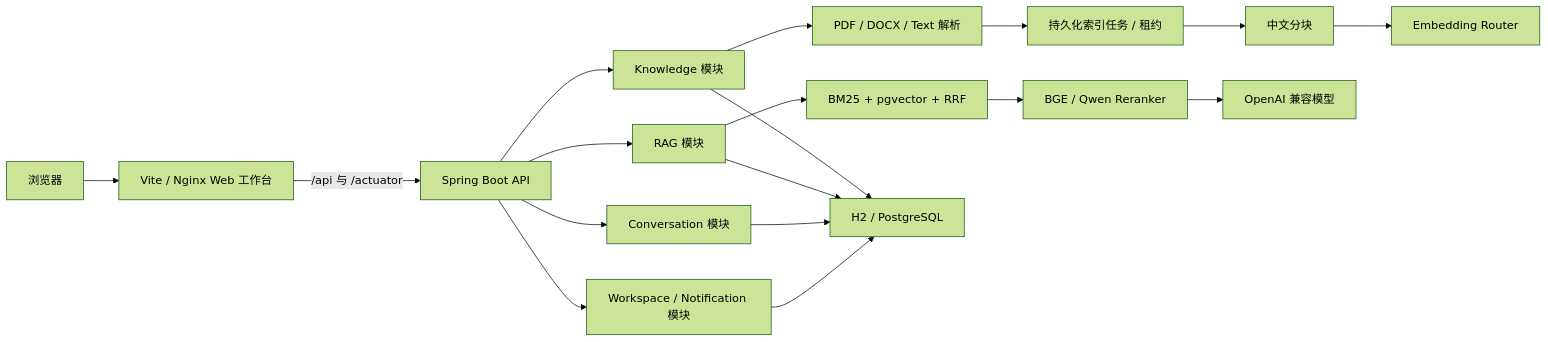
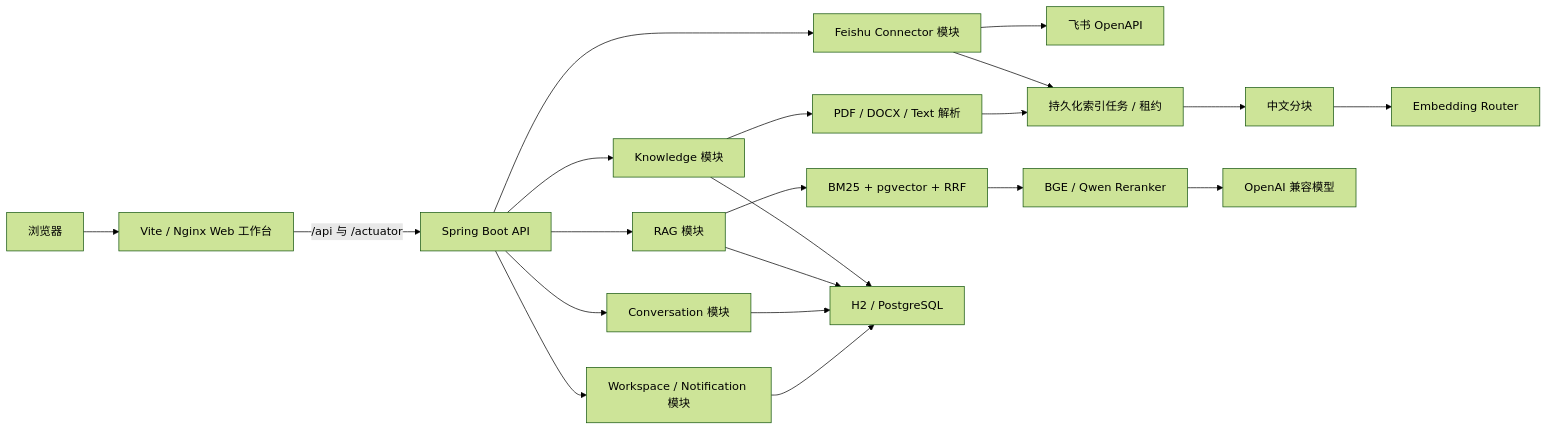
Before and after one commit to wang-zhengxin/JadeBase: the diagram in docs/architecture.md, drawn with Mermaid (forest theme). The commit also changed other lines of this file and 35 other files, not shown here.

Commit message:
Add Feishu cloud document connector

````diff
--- a/docs/architecture.md
+++ b/docs/architecture.md
@@ -5,20 +5,23 @@
 ```mermaid
 flowchart LR
     Browser["浏览器"] --> UI["Vite / Nginx Web 工作台"]
     UI -->|"/api 与 /actuator"| API["Spring Boot API"]
     API --> KB["Knowledge 模块"]
     API --> RAG["RAG 模块"]
     API --> Conversation["Conversation 模块"]
     API --> Workspace["Workspace / Notification 模块"]
+    API --> Feishu["Feishu Connector 模块"]
+    Feishu --> OpenAPI["飞书 OpenAPI"]
+    Feishu --> Queue
     KB --> Parser["PDF / DOCX / Text 解析"]
     Parser --> Queue["持久化索引任务 / 租约"]
     Queue --> Chunker["中文分块"]
     Chunker --> Embed["Embedding Router"]
     RAG --> Retrieve["BM25 + pgvector + RRF"]
     Retrieve --> Rerank["BGE / Qwen Reranker"]
     Rerank --> Model["OpenAI 兼容模型"]
     KB --> DB["H2 / PostgreSQL"]
     RAG --> DB
     Conversation --> DB
     Workspace --> DB
 ```
````
